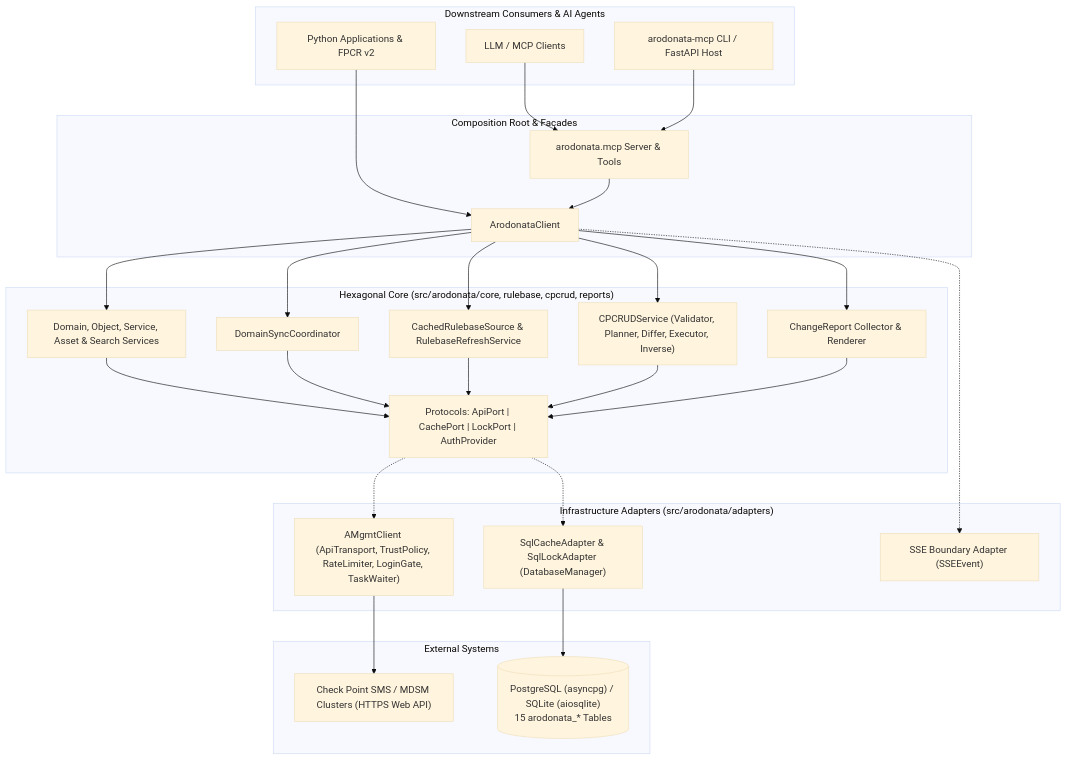
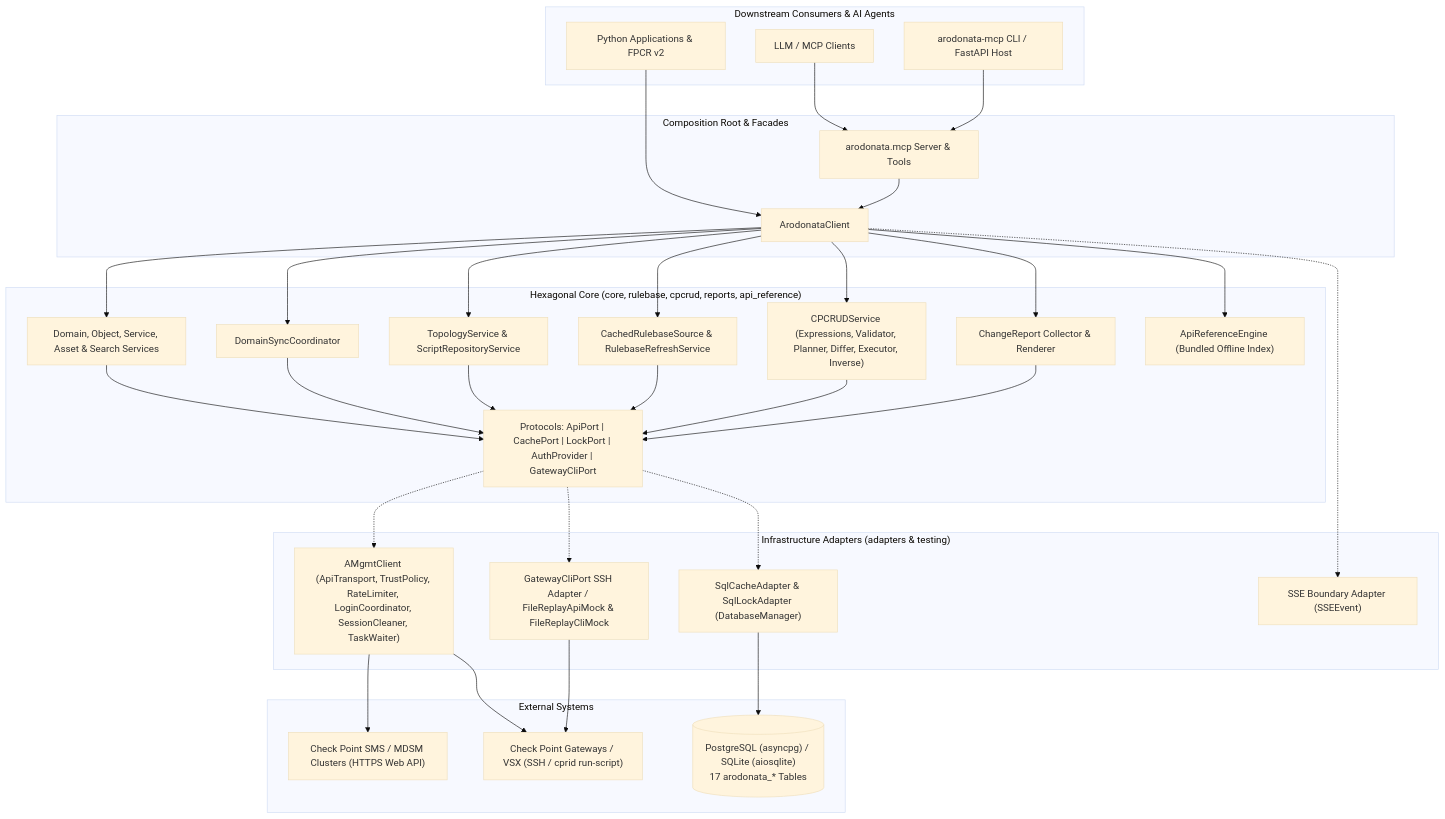
Before and after one commit to chkp-antonr/arodonata: the diagram in docs/architecture/index.md, drawn with Mermaid (base theme). The commit also changed other lines of this file and 114 other files, not shown here.

First line of the commit message:
fix(core,cpcrud,mcp,reports,specs): adopt traceable OpenSpec schema, resolve Phase 1b audit findings, and achieve 100% spec coverage (#94)

````diff
--- a/docs/architecture/index.md
+++ b/docs/architecture/index.md
@@ -7,53 +7,63 @@
 ```mermaid
 flowchart TB
     subgraph Consumers["Downstream Consumers & AI Agents"]
         SDK["Python Applications & FPCR v2"]
         CLI["arodonata-mcp CLI / FastAPI Host"]
         LLM["LLM / MCP Clients"]
     end
 
     subgraph Facade["Composition Root & Facades"]
         Client["ArodonataClient"]
         MCP["arodonata.mcp Server & Tools"]
     end
 
-    subgraph Core["Hexagonal Core (src/arodonata/core, rulebase, cpcrud, reports)"]
+    subgraph Core["Hexagonal Core (core, rulebase, cpcrud, reports, api_reference)"]
         Services["Domain, Object, Service, Asset & Search Services"]
         Coord["DomainSyncCoordinator"]
+        Topology["TopologyService & ScriptRepositoryService"]
         Rulebase["CachedRulebaseSource & RulebaseRefreshService"]
-        CPCRUD["CPCRUDService (Validator, Planner, Differ, Executor, Inverse)"]
+        CPCRUD["CPCRUDService (Expressions, Validator, Planner, Differ, Executor, Inverse)"]
         Reports["ChangeReport Collector & Renderer"]
-        Ports["Protocols: ApiPort | CachePort | LockPort | AuthProvider"]
+        ApiRef["ApiReferenceEngine (Bundled Offline Index)"]
+        Ports["Protocols: ApiPort | CachePort | LockPort | AuthProvider | GatewayCliPort"]
     end
 
-    subgraph Adapters["Infrastructure Adapters (src/arodonata/adapters)"]
-        CP["AMgmtClient (ApiTransport, TrustPolicy, RateLimiter, LoginGate, TaskWaiter)"]
+    subgraph Adapters["Infrastructure Adapters (adapters & testing)"]
+        CP["AMgmtClient (ApiTransport, TrustPolicy, RateLimiter, LoginCoordinator, SessionCleaner, TaskWaiter)"]
         DB["SqlCacheAdapter & SqlLockAdapter (DatabaseManager)"]
+        GWCLI["GatewayCliPort SSH Adapter / FileReplayApiMock & FileReplayCliMock"]
         SSE["SSE Boundary Adapter (SSEEvent)"]
     end
 
     subgraph External["External Systems"]
         MDSM["Check Point SMS / MDSM Clusters (HTTPS Web API)"]
-        SQL[("PostgreSQL (asyncpg) / SQLite (aiosqlite)\n15 arodonata_* Tables")]
+        Gateways["Check Point Gateways / VSX (SSH / cprid run-script)"]
+        SQL[("PostgreSQL (asyncpg) / SQLite (aiosqlite)\n17 arodonata_* Tables")]
     end
 
     SDK --> Client
     LLM --> MCP
     CLI --> MCP
     MCP --> Client
     Client --> Services
     Client --> Coord
+    Client --> Topology
     Client --> Rulebase
     Client --> CPCRUD
     Client --> Reports
+    Client --> ApiRef
     Services --> Ports
     Coord --> Ports
+    Topology --> Ports
     Rulebase --> Ports
     CPCRUD --> Ports
     Reports --> Ports
     Ports -.-> CP
     Ports -.-> DB
+    Ports -.-> GWCLI
     Client -.-> SSE
     CP --> MDSM
+    CP --> Gateways
+    GWCLI --> Gateways
     DB --> SQL
 ```
````
